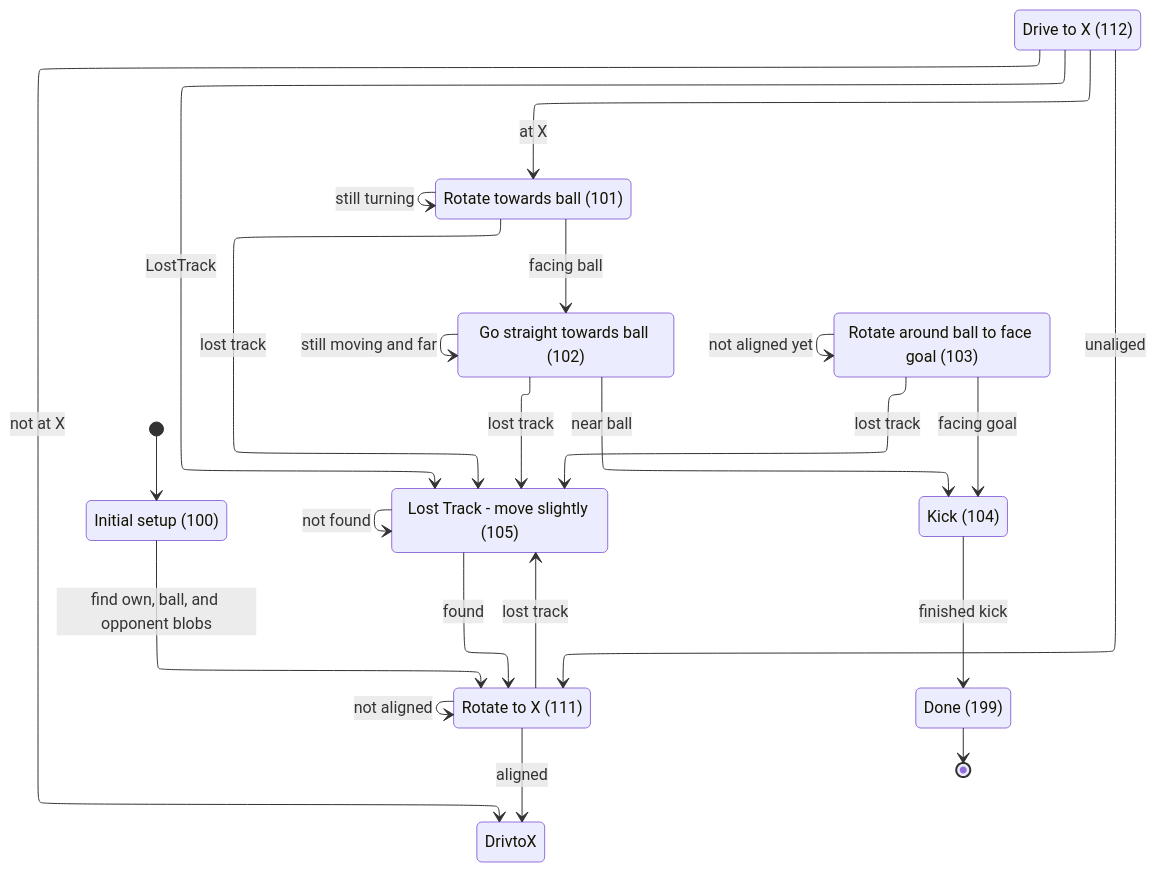
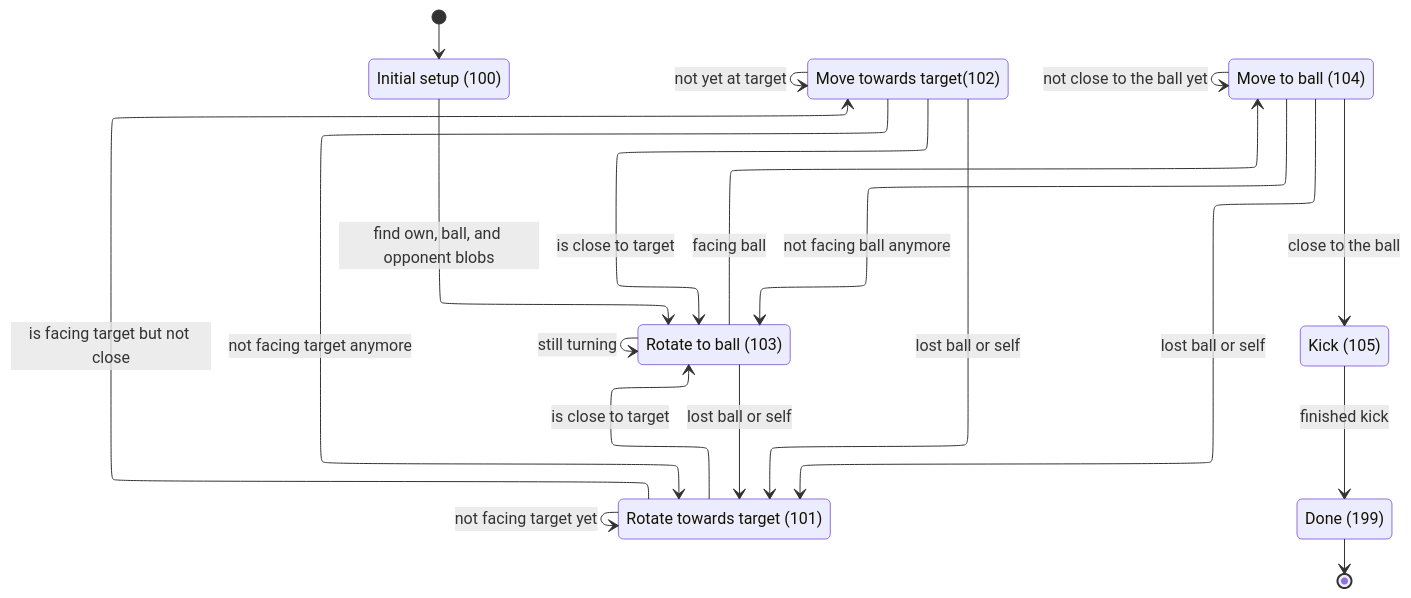
Before and after one commit to Wengxin04/CSC85-RoboSoccer: the diagram in FSM diagrams/penalty kick.mmd, drawn with Mermaid.

Commit message:
penalty kick mmd (no lost state?)

```diff
--- a/FSM diagrams/penalty kick.mmd
+++ b/FSM diagrams/penalty kick.mmd
@@ -1,44 +1,42 @@
 ---
 config:
   layout: elk
 ---
 stateDiagram
   direction TB
-  [*] --> Init
-  Init --> RotatetoX: find own, ball, and opponent blobs
-  RotatetoX --> RotatetoX: not aligned
-  RotatetoX --> DrivtoX: aligned
-  RotatetoX --> LostTrack: lost track
+    [*] --> Init
+    
+    Init --> RotateToBall:find own, ball, and opponent blobs
 
-  DrivetoX --> RotateToBall : at X
-  DrivetoX --> RotatetoX: unaliged
-  DrivetoX --> DrivtoX: not at X
-  DrivetoX --> LostTrack: LostTrack
+    RotateToTarget --> RotateToBall: is close to target
+    RotateToTarget --> MovetoTarget: is facing target but not close
+    RotateToTarget --> RotateToTarget: not facing target yet
 
-  RotateToBall --> GoStraight:facing ball
-  RotateToBall --> RotateToBall:still turning
-  RotateToBall --> LostTrack:lost track
 
-  GoStraight --> Kick:near ball
-  GoStraight --> GoStraight:still moving and far
-  GoStraight --> LostTrack:lost track
+    MovetoTarget --> RotateToBall: is close to target
+    MovetoTarget --> RotateToTarget: not facing target anymore
+    MovetoTarget --> MovetoTarget: not yet at target
+    MovetoTarget --> RotateToTarget: lost ball or self
 
-  RotateAround --> Kick:facing goal
-  RotateAround --> RotateAround:not aligned yet
-  RotateAround --> LostTrack:lost track
 
-  LostTrack --> LostTrack: not found 
-  LostTrack --> RotatetoX: found
-  Kick --> Done:finished kick
-  Done --> [*]
+    RotateToBall --> MovetoBall:facing ball
+    RotateToBall --> RotateToBall:still turning
+    RotateToBall --> RotateToTarget: lost ball or self
 
-  Init:Initial setup (100)
-  RotateToBall:Rotate towards ball (101)
-  GoStraight:Go straight towards ball (102)
-  RotateAround:Rotate around ball to face goal (103)
-  LostTrack: Lost Track - move slightly (105)
-  Kick:Kick (104)
-  Done:Done (199)
+    MovetoBall --> RotateToBall: not facing ball anymore
+    MovetoBall --> Kick: close to the ball
+    MovetoBall --> MovetoBall: not close to the ball yet
+    MovetoBall --> RotateToTarget: lost ball or self
 
-  RotatetoX: Rotate to X (111)
-  DrivetoX: Drive to X (112)
+    Kick --> Done: finished kick
+
+    Done --> [*]
+
+
+    Init:Initial setup (100)
+    RotateToTarget:Rotate towards target (101)
+    MovetoTarget: Move towards target(102)
+    RotateToBall: Rotate to ball (103)
+    MovetoBall: Move to ball (104)
+    Kick:Kick (105)
+    Done:Done (199)
```
